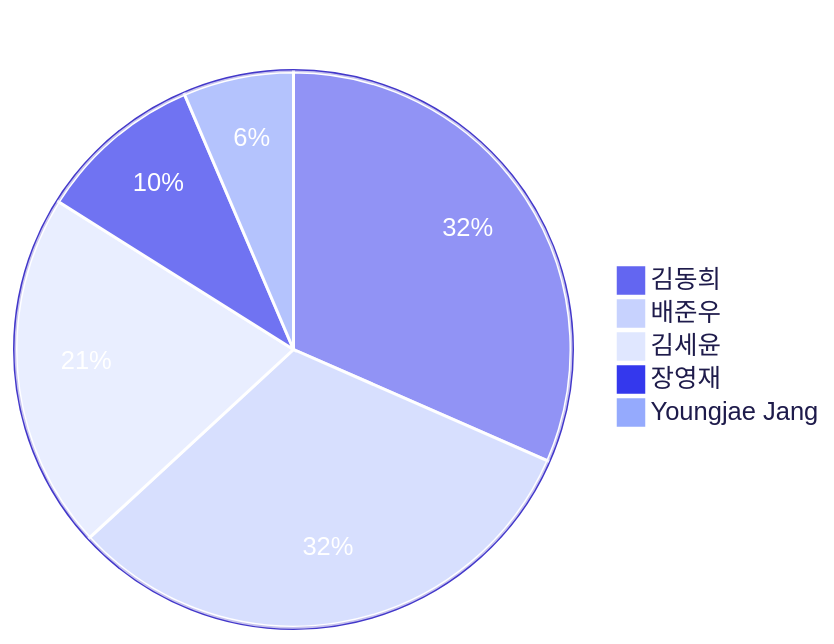
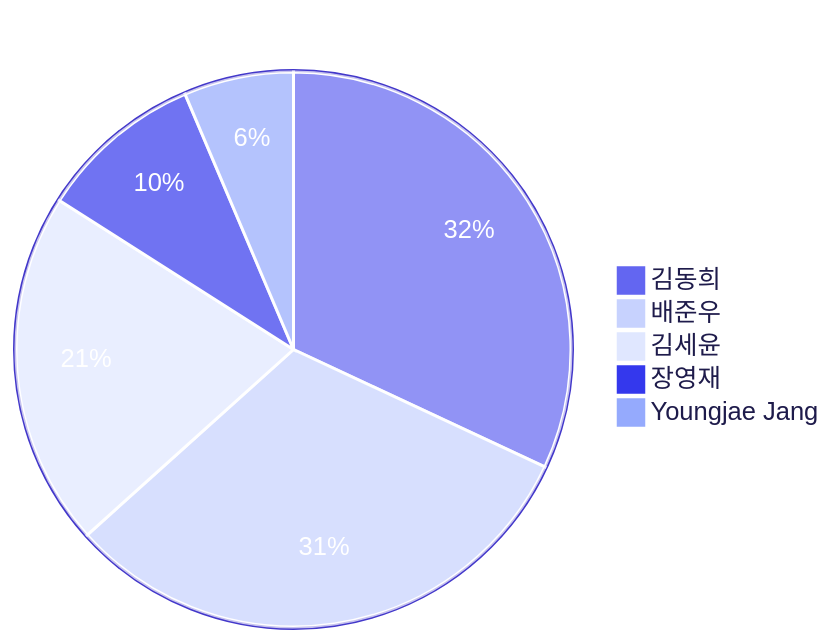
One commit to 3rd-project-team-1/ALYAC-market-team1 changed the third of 4 diagrams in README.md. Above: the diagram before and after it, drawn with Mermaid. The commit also changed other lines of this file, not shown here.

````diff
--- a/README.md
+++ b/README.md
@@ -414,18 +414,18 @@
 ```mermaid
 %%{init: { 'theme': 'base', 'themeVariables': {
   'primaryColor': '#6366f1',
   'primaryTextColor': '#ffffff',
   'primaryBorderColor': '#4338ca',
   'secondaryColor': '#c7d2fe',
   'tertiaryColor': '#e0e7ff',
   'pieLegendTextColor': '#1e1b4b',
   'pieStrokeColor': '#ffffff',
   'pieOuterStrokeColor': '#4338ca'
 } } }%%
 pie title 기여자별 커밋 수
-  "김동희" : 167
+  "김동희" : 170
   "배준우" : 167
   "김세윤" : 110
   "장영재" : 51
   "Youngjae Jang" : 34
 ```
````
